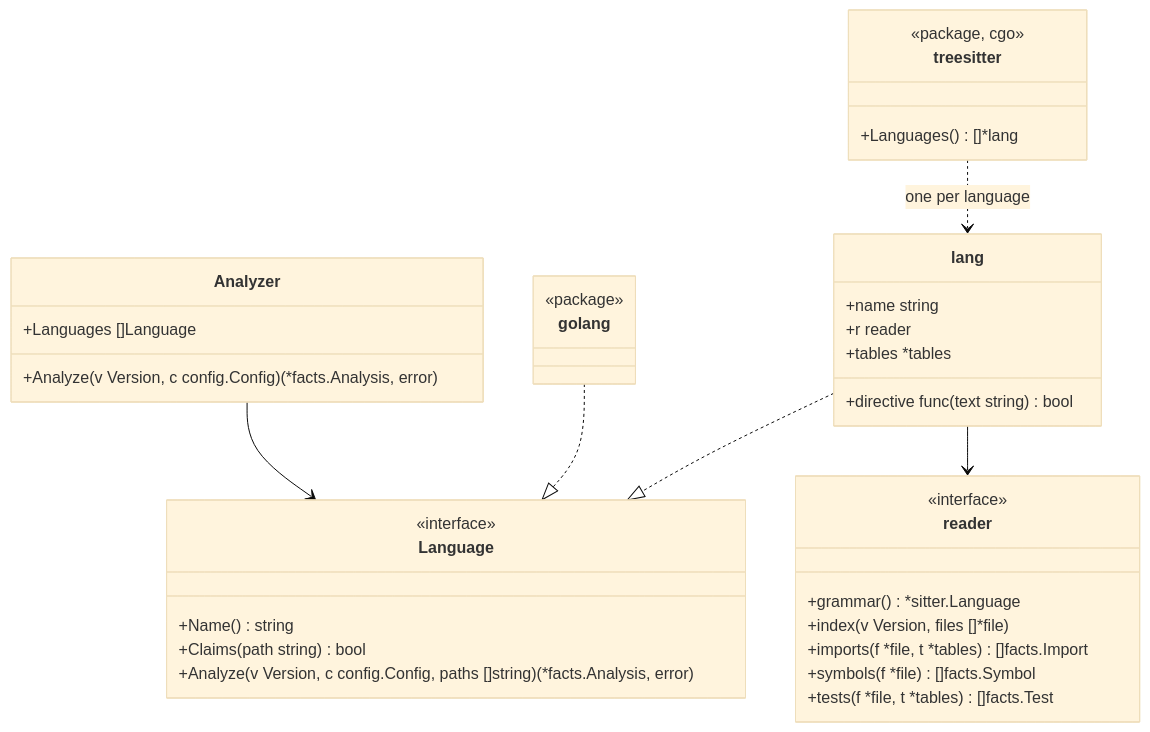
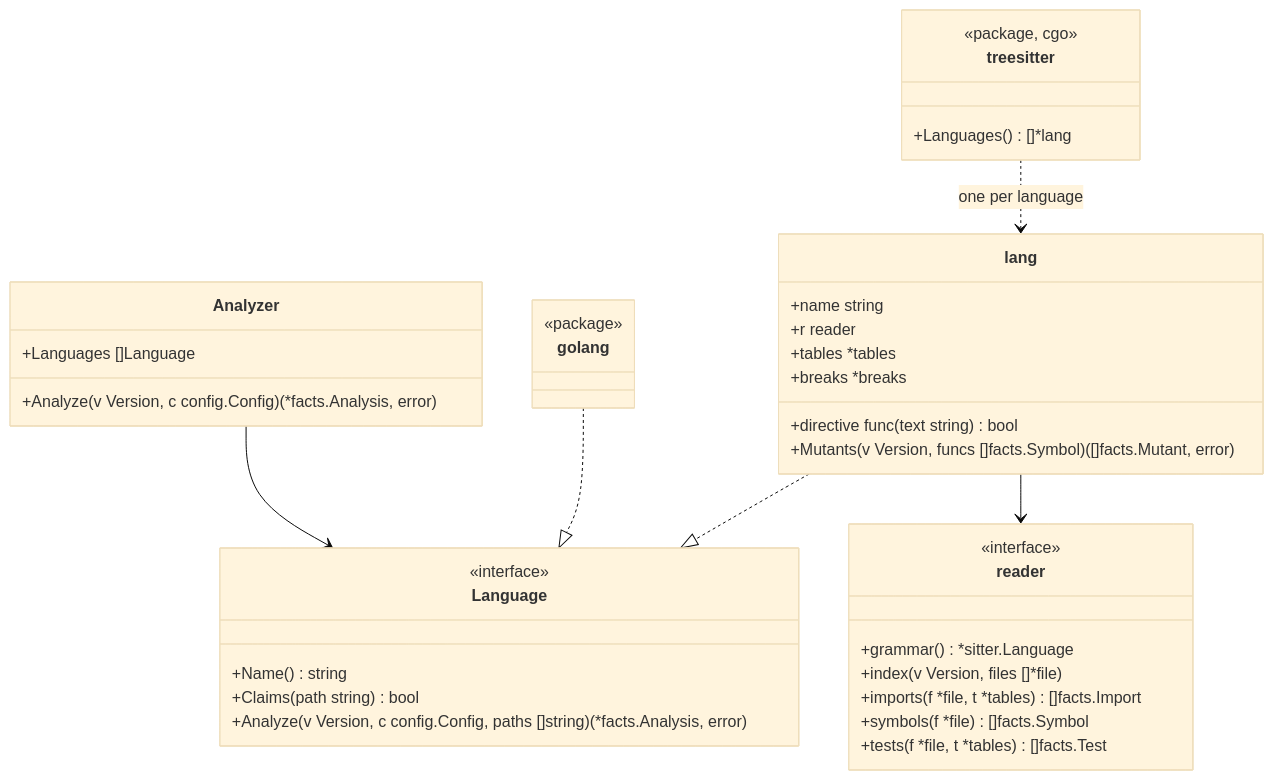
One commit to rerorets/hadome changed the diagram in docs/design/adapters-treesitter.md. Above: the diagram before and after it, drawn with Mermaid (base theme). The commit also changed other lines of this file and 6 other files, not shown here.

````diff
--- a/docs/design/adapters-treesitter.md
+++ b/docs/design/adapters-treesitter.md
@@ -7,39 +7,41 @@
 ```mermaid
 classDiagram
   class Analyzer {
     +Languages []Language
     +Analyze(v Version, c config.Config) (*facts.Analysis, error)
   }
   class Language {
     <<interface>>
     +Name() string
     +Claims(path string) bool
     +Analyze(v Version, c config.Config, paths []string) (*facts.Analysis, error)
   }
   class golang {
     <<package>>
   }
   class treesitter {
     <<package, cgo>>
     +Languages() []*lang
   }
   class lang {
     +name string
     +r reader
     +tables *tables
     +directive func(text string) bool
+    +breaks *breaks
+    +Mutants(v Version, funcs []facts.Symbol) ([]facts.Mutant, error)
   }
   class reader {
     <<interface>>
     +grammar() *sitter.Language
     +index(v Version, files []*file)
     +imports(f *file, t *tables) []facts.Import
     +symbols(f *file) []facts.Symbol
     +tests(f *file, t *tables) []facts.Test
   }
   Analyzer --> Language
   golang ..|> Language
   treesitter ..> lang : one per language
   lang ..|> Language
   lang --> reader
 ```
````
